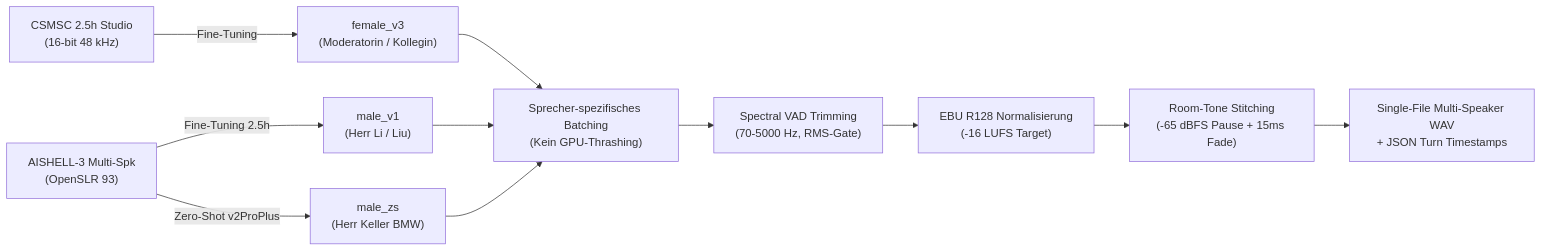
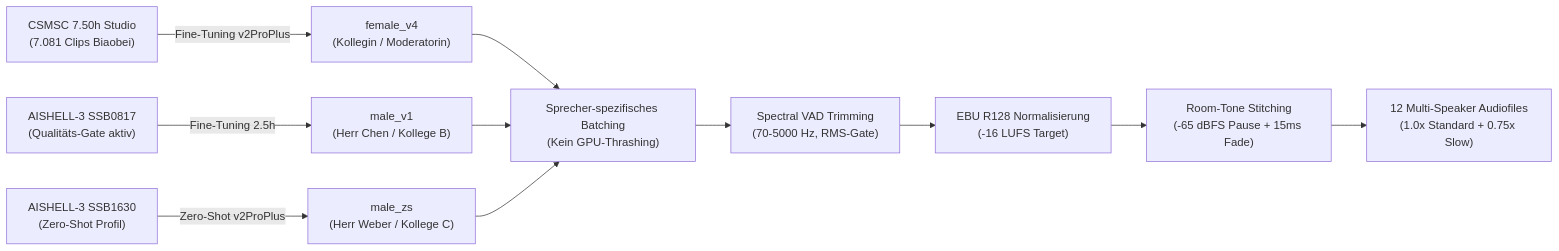
One commit to NikkuIsRyu/Nikku.github.io changed the diagram in src/content/docs/lectures/languages/chinese.mdx. Above: the diagram before and after it, drawn with Mermaid. The commit also changed other lines of this file and 25 other files, not shown here.

Commit message:
feat(chinese): update multi-speaker dialogues L2-L7 with Voice-ML v4 assets and timestamps

````diff
--- a/src/content/docs/lectures/languages/chinese.mdx
+++ b/src/content/docs/lectures/languages/chinese.mdx
@@ -267,12 +366,12 @@
 ```mermaid
 flowchart LR
-    A["CSMSC 2.5h Studio<br/>(16-bit 48 kHz)"] -->|Fine-Tuning| F["female_v3<br/>(Moderatorin / Kollegin)"]
-    B["AISHELL-3 Multi-Spk<br/>(OpenSLR 93)"] -->|Fine-Tuning 2.5h| M1["male_v1<br/>(Herr Li / Liu)"]
-    B -->|Zero-Shot v2ProPlus| M2["male_zs<br/>(Herr Keller BMW)"]
+    A["CSMSC 7.50h Studio<br/>(7.081 Clips Biaobei)"] -->|Fine-Tuning v2ProPlus| F["female_v4<br/>(Kollegin / Moderatorin)"]
+    B["AISHELL-3 SSB0817<br/>(Qualitäts-Gate aktiv)"] -->|Fine-Tuning 2.5h| M1["male_v1<br/>(Herr Chen / Kollege B)"]
+    C["AISHELL-3 SSB1630<br/>(Zero-Shot Profil)"] -->|Zero-Shot v2ProPlus| M2["male_zs<br/>(Herr Weber / Kollege C)"]
     
     F & M1 & M2 --> S["Sprecher-spezifisches Batching<br/>(Kein GPU-Thrashing)"]
     S --> VAD["Spectral VAD Trimming<br/>(70-5000 Hz, RMS-Gate)"]
     VAD --> N["EBU R128 Normalisierung<br/>(-16 LUFS Target)"]
     N --> R["Room-Tone Stitching<br/>(-65 dBFS Pause + 15ms Fade)"]
-    R --> OUT["Single-File Multi-Speaker WAV<br/>+ JSON Turn Timestamps"]
+    R --> OUT["12 Multi-Speaker Audiofiles<br/>(1.0x Standard + 0.75x Slow)"]
 ```
````
